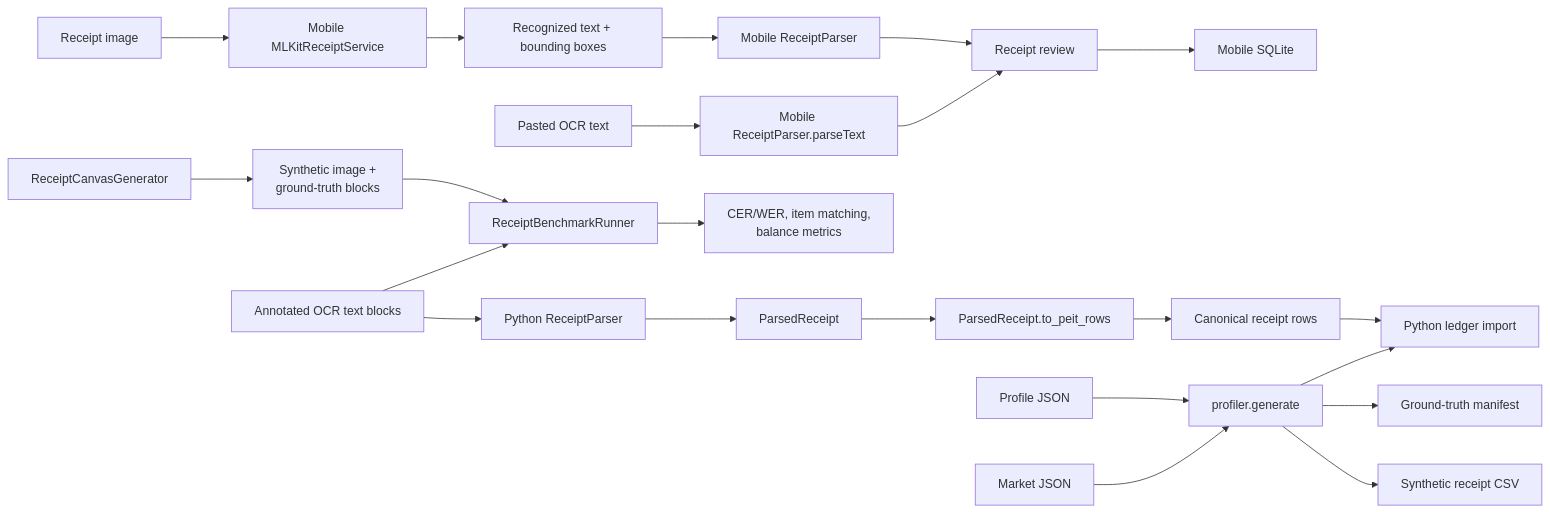
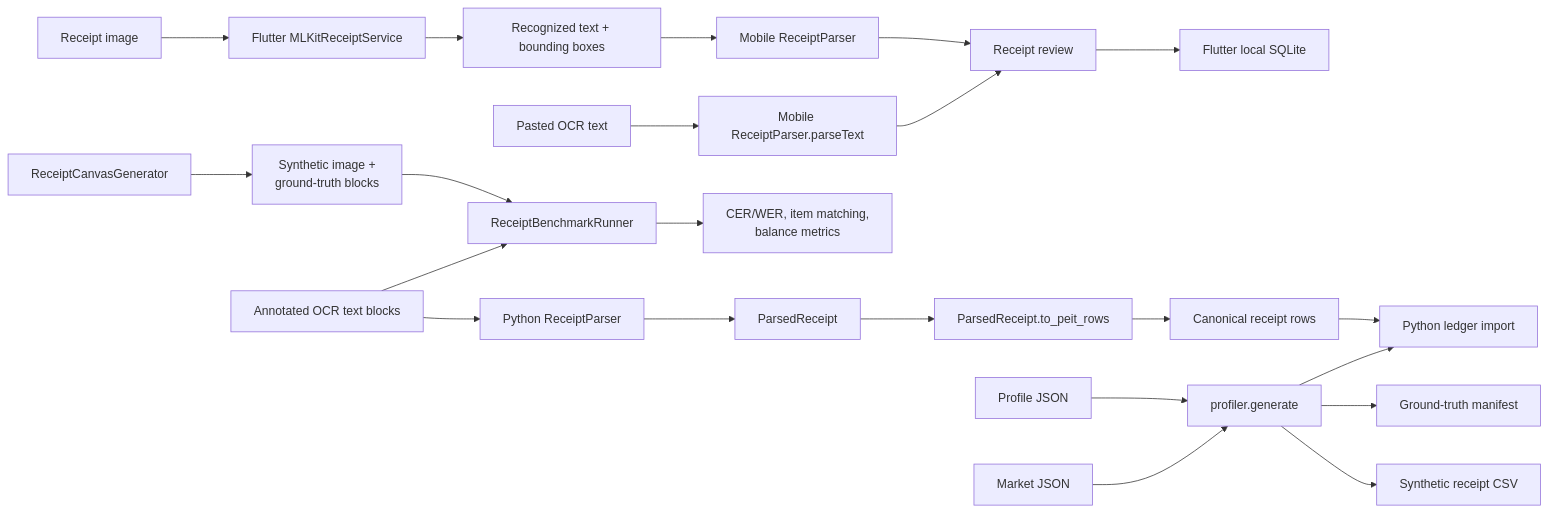
One commit to kentanaka3/PEIT changed the third of 6 diagrams in MAP.md. Above: the diagram before and after it, drawn with Mermaid. The commit also changed other lines of this file and 126 other files, not shown here.

````diff
--- a/MAP.md
+++ b/MAP.md
@@ -101,26 +101,26 @@
 ```mermaid
 flowchart LR
-  Image["Receipt image"] --> MLKit["Mobile MLKitReceiptService"]
+  Image["Receipt image"] --> MLKit["Flutter MLKitReceiptService"]
   MLKit --> Blocks["Recognized text + bounding boxes"]
   Blocks --> MobileParser["Mobile ReceiptParser"]
   Text["Pasted OCR text"] --> MobileTextParser["Mobile ReceiptParser.parseText"]
   MobileTextParser --> MobileReview["Receipt review"]
   MobileParser --> MobileReview
-  MobileReview --> LocalDB["Mobile SQLite"]
+  MobileReview --> LocalDB["Flutter local SQLite"]
 
   Canvas["ReceiptCanvasGenerator"] --> Synthetic["Synthetic image +<br/>ground-truth blocks"]
   PythonBlocks["Annotated OCR text blocks"] --> PyParser["Python ReceiptParser"]
   PyParser --> Parsed["ParsedReceipt"]
   Parsed --> Rows["ParsedReceipt.to_peit_rows"]
   Rows --> Schema["Canonical receipt rows"]
   Schema --> Ledger["Python ledger import"]
   Synthetic --> Benchmark["ReceiptBenchmarkRunner"]
   PythonBlocks --> Benchmark
   Benchmark --> Metrics["CER/WER, item matching,<br/>balance metrics"]
 
   Profile["Profile JSON"] --> Profiler["profiler.generate"]
   Market["Market JSON"] --> Profiler
   Profiler --> CSV["Synthetic receipt CSV"]
   Profiler --> Manifest["Ground-truth manifest"]
   Profiler --> Ledger
 ```
````
